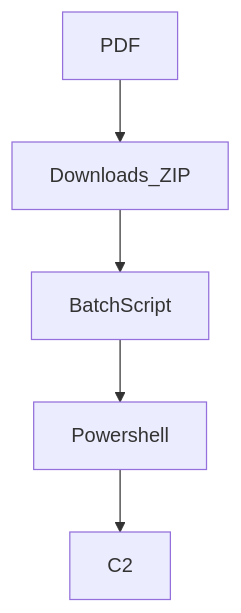
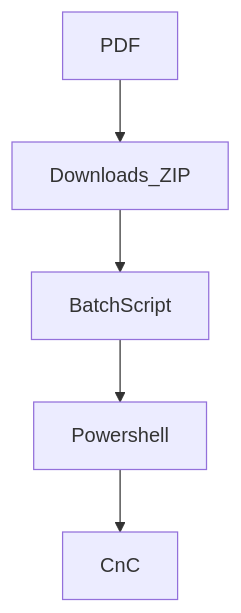
The diagram in LazyScripter/README.md (SrujanKumar-K/Blogpost), drawn with Mermaid before and after one commit.

````diff
--- a/LazyScripter/README.md
+++ b/LazyScripter/README.md
@@ -15,5 +15,5 @@
 ```mermaid
 graph TD;
-   PDF --> Downloads_ZIP --> BatchScript --> Powershell --> C2;
+   PDF --> Downloads_ZIP --> BatchScript --> Powershell --> CnC;
 
 ```
````
